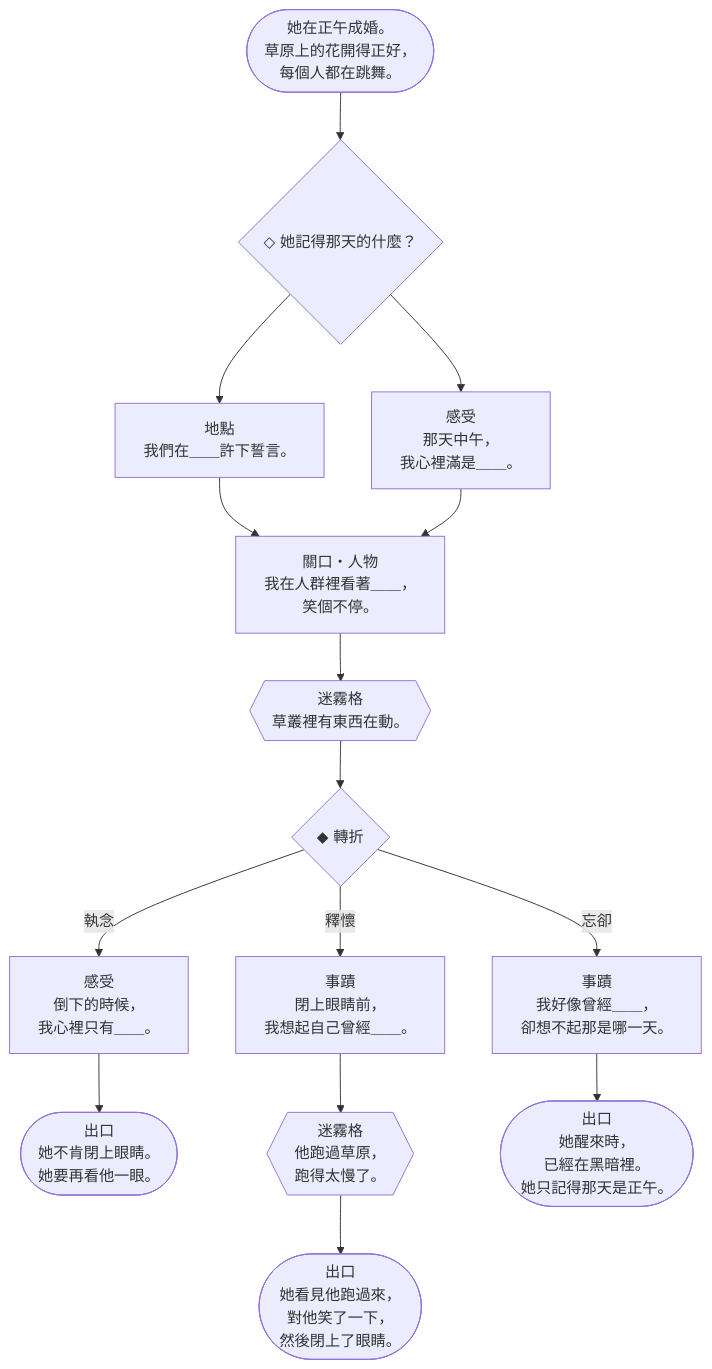
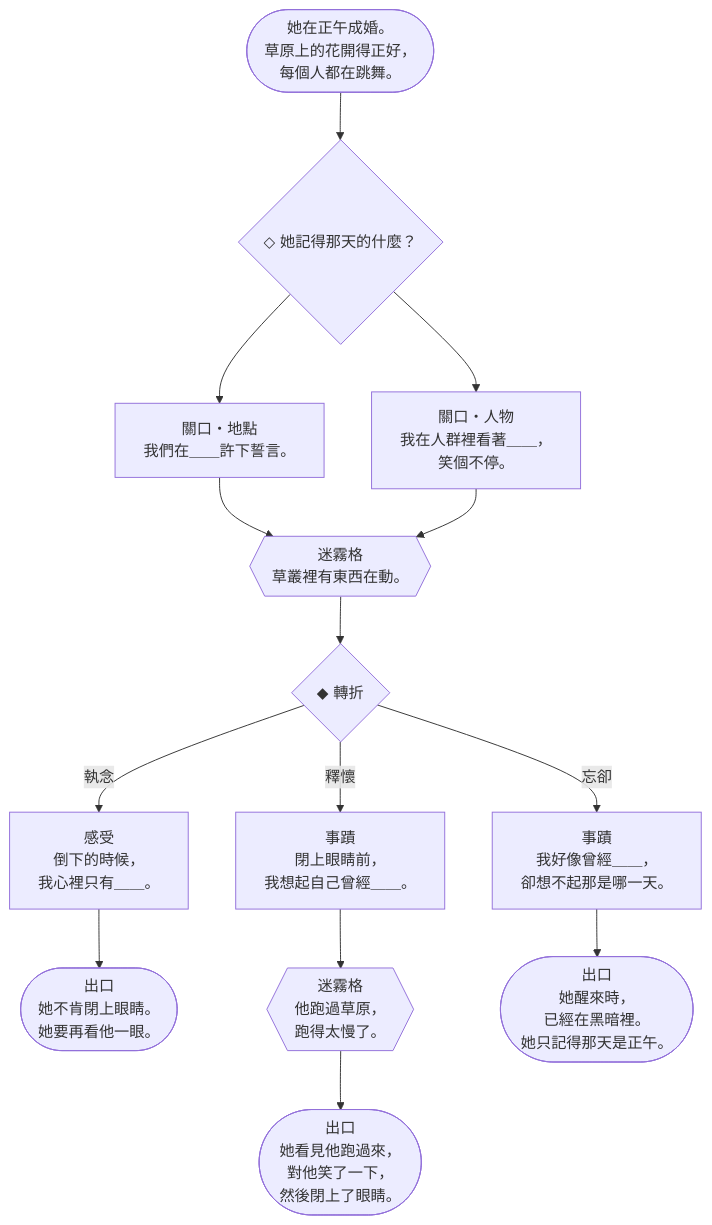
The tenth of 15 diagrams in docs/design/V5-storybooks.zh-TW.md (Ralph-Liu-Hub/Boardgame-Netherbloom), drawn with Mermaid before and after one commit. The commit also changed other lines of this file and 5 other files, not shown here.

````diff
--- a/docs/design/V5-storybooks.zh-TW.md
+++ b/docs/design/V5-storybooks.zh-TW.md
@@ -879,30 +886,28 @@
 ```mermaid
 flowchart TD
   c0E(["她在正午成婚。<br>草原上的花開得正好，<br>每個人都在跳舞。"]) --> c0p1
   c0p1{"◇ 她記得那天的什麼？"}
   c0p1 --> c0a1
   c0p1 --> c0a2
-  c0a1["地點<br>我們在＿＿許下誓言。"]
-  c0a1 --> c0b
-  c0a2["感受<br>那天中午，<br>我心裡滿是＿＿。"]
-  c0a2 --> c0b
-  c0b["關口・人物<br>我在人群裡看著＿＿，<br>笑個不停。"]
-  c0b --> c0x1
+  c0a1["關口・地點<br>我們在＿＿許下誓言。"]
+  c0a1 --> c0x1
+  c0a2["關口・人物<br>我在人群裡看著＿＿，<br>笑個不停。"]
+  c0a2 --> c0x1
   c0x1{{"迷霧格<br>草叢裡有東西在動。"}}
   c0x1 --> c0f
   c0f{"◆ 轉折"}
   c0f -- 執念 --> c0c1
   c0f -- 釋懷 --> c0c2
   c0f -- 忘卻 --> c0c3
   c0c1["感受<br>倒下的時候，<br>我心裡只有＿＿。"]
   c0c1 --> c0o1
   c0c2["事蹟<br>閉上眼睛前，<br>我想起自己曾經＿＿。"]
   c0c2 --> c0x2
   c0x2{{"迷霧格<br>他跑過草原，<br>跑得太慢了。"}}
   c0x2 --> c0o2
   c0c3["事蹟<br>我好像曾經＿＿，<br>卻想不起那是哪一天。"]
   c0c3 --> c0o3
   c0o1(["出口<br>她不肯閉上眼睛。<br>她要再看他一眼。"])
   c0o2(["出口<br>她看見他跑過來，<br>對他笑了一下，<br>然後閉上了眼睛。"])
   c0o3(["出口<br>她醒來時，<br>已經在黑暗裡。<br>她只記得那天是正午。"])
 ```
````
